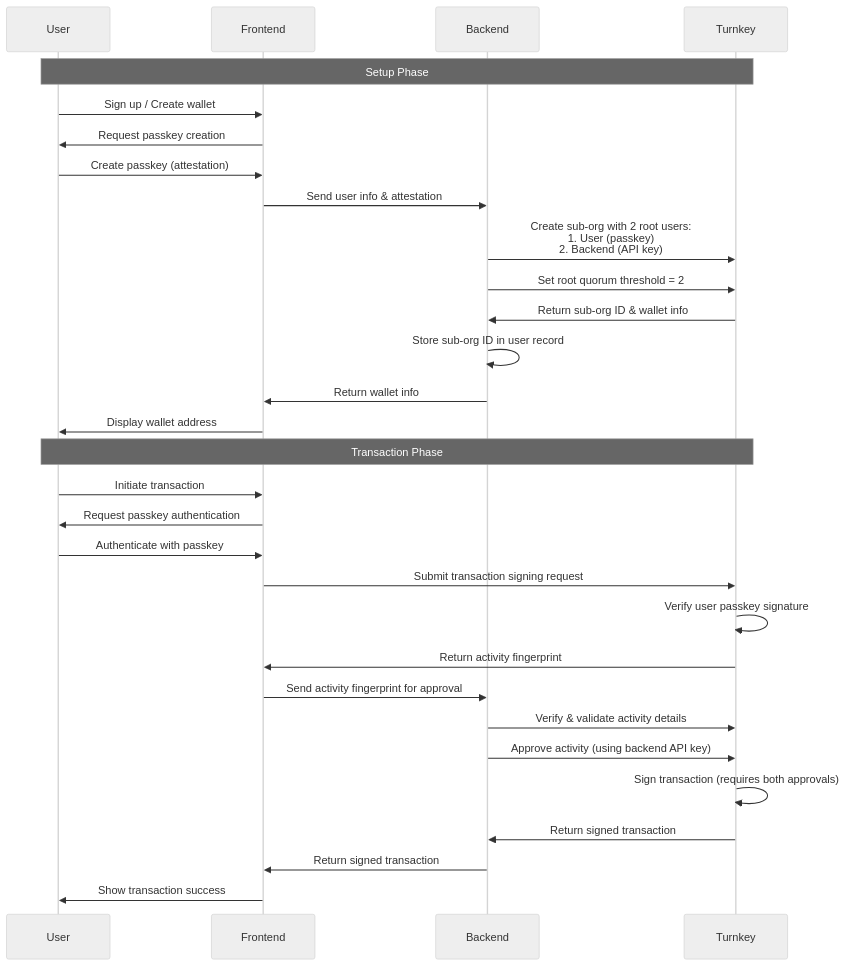
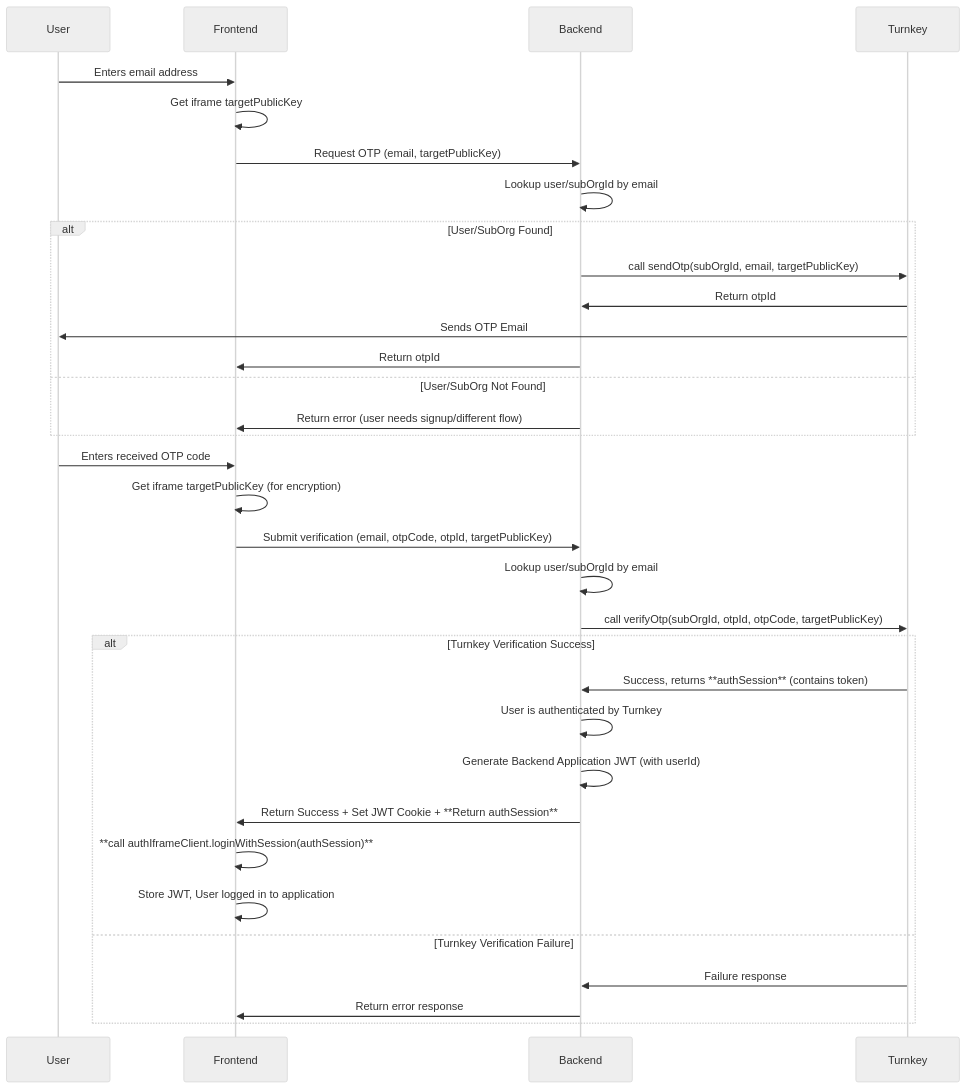
The second of 2 diagrams in authentication/backend-setup.mdx (tkhq/docs), drawn with Mermaid (neutral theme) before and after one commit. The commit also changed other lines of this file and 2 other files, not shown here.

Commit message:
Move co-sign doc and update backend auth page per feedback

````diff
--- a/authentication/backend-setup.mdx
+++ b/authentication/backend-setup.mdx
@@ -692,36 +382,39 @@
 ```mermaid
 sequenceDiagram
     participant User
     participant Frontend
     participant Backend
     participant Turnkey
 
-    %% Setup Phase
-    Note over User,Turnkey: Setup Phase
-    User->>Frontend: Sign up / Create wallet
-    Frontend->>User: Request passkey creation
-    User->>Frontend: Create passkey (attestation)
-    Frontend->>Backend: Send user info & attestation
-    Backend->>Turnkey: Create sub-org with 2 root users:<br/>1. User (passkey)<br/>2. Backend (API key)
-    Backend->>Turnkey: Set root quorum threshold = 2
-    Turnkey->>Backend: Return sub-org ID & wallet info
-    Backend->>Backend: Store sub-org ID in user record
-    Backend->>Frontend: Return wallet info
-    Frontend->>User: Display wallet address
+    %% OTP Request Phase
+    User->>Frontend: Enters email address
+    Frontend->>Frontend: Get iframe targetPublicKey
+    Frontend->>Backend: Request OTP (email, targetPublicKey)
+    Backend->>Backend: Lookup user/subOrgId by email
+    alt User/SubOrg Found
+        Backend->>Turnkey: call sendOtp(subOrgId, email, targetPublicKey)
+        Turnkey->>Backend: Return otpId
+        Turnkey->>User: Sends OTP Email
+        Backend->>Frontend: Return otpId
+    else User/SubOrg Not Found
+        Backend->>Frontend: Return error (user needs signup/different flow)
+    end
 
-    %% Transaction Phase
-    Note over User,Turnkey: Transaction Phase
-    User->>Frontend: Initiate transaction
-    Frontend->>User: Request passkey authentication
-    User->>Frontend: Authenticate with passkey
-    Frontend->>Turnkey: Submit transaction signing request
-    Turnkey->>Turnkey: Verify user passkey signature
-    Turnkey->>Frontend: Return activity fingerprint
-    Frontend->>Backend: Send activity fingerprint for approval
-    Backend->>Turnkey: Verify & validate activity details
-    Backend->>Turnkey: Approve activity (using backend API key)
-    Turnkey->>Turnkey: Sign transaction (requires both approvals)
-    Turnkey->>Backend: Return signed transaction
-    Backend->>Frontend: Return signed transaction
-    Frontend->>User: Show transaction success
+    %% OTP Verification & Login Phase
+    User->>Frontend: Enters received OTP code
+    Frontend->>Frontend: Get iframe targetPublicKey (for encryption)
+    Frontend->>Backend: Submit verification (email, otpCode, otpId, targetPublicKey)
+    Backend->>Backend: Lookup user/subOrgId by email
+    Backend->>Turnkey: call verifyOtp(subOrgId, otpId, otpCode, targetPublicKey)
+    alt Turnkey Verification Success
+        Turnkey->>Backend: Success, returns **authSession** (contains token)
+        Backend->>Backend: User is authenticated by Turnkey
+        Backend->>Backend: Generate Backend Application JWT (with userId)
+        Backend->>Frontend: Return Success + Set JWT Cookie + **Return authSession**
+        Frontend->>Frontend: **call authIframeClient.loginWithSession(authSession)**
+        Frontend->>Frontend: Store JWT, User logged in to application
+    else Turnkey Verification Failure
+        Turnkey->>Backend: Failure response
+        Backend->>Frontend: Return error response
+    end
 ```
````
